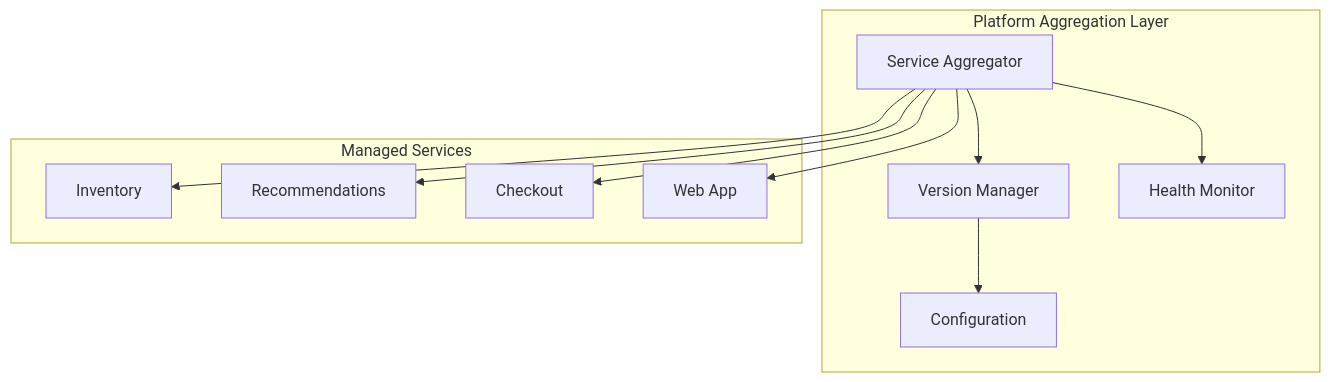
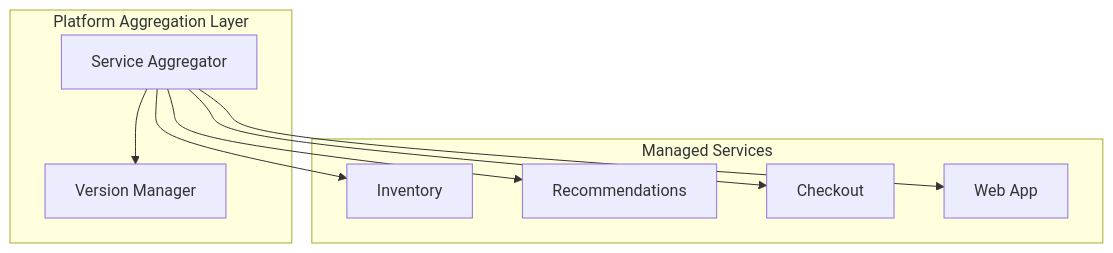
One commit to yonatanp-jfrog/bookverse-demo-init changed the sixth of 10 diagrams in docs/ARCHITECTURE.md. Above: the diagram before and after it, drawn with Mermaid. The commit also changed other lines of this file, not shown here.

First line of the commit message:
fix: Remove inaccurate health monitoring and configuration claims from platform aggregation

````diff
--- a/docs/ARCHITECTURE.md
+++ b/docs/ARCHITECTURE.md
@@ -287,25 +287,21 @@
 ```mermaid
 graph TB
     subgraph "Platform Aggregation Layer"
         AGG[Service Aggregator]
         VER[Version Manager]
-        HEALTH[Health Monitor]
-        CONF[Configuration]
         
         AGG --> VER
-        AGG --> HEALTH
-        VER --> CONF
     end
     
     subgraph "Managed Services"
         INV[Inventory]
         REC[Recommendations]
         CHK[Checkout]
         WEB[Web App]
     end
     
     AGG --> INV
     AGG --> REC
     AGG --> CHK
     AGG --> WEB
 ```
````
